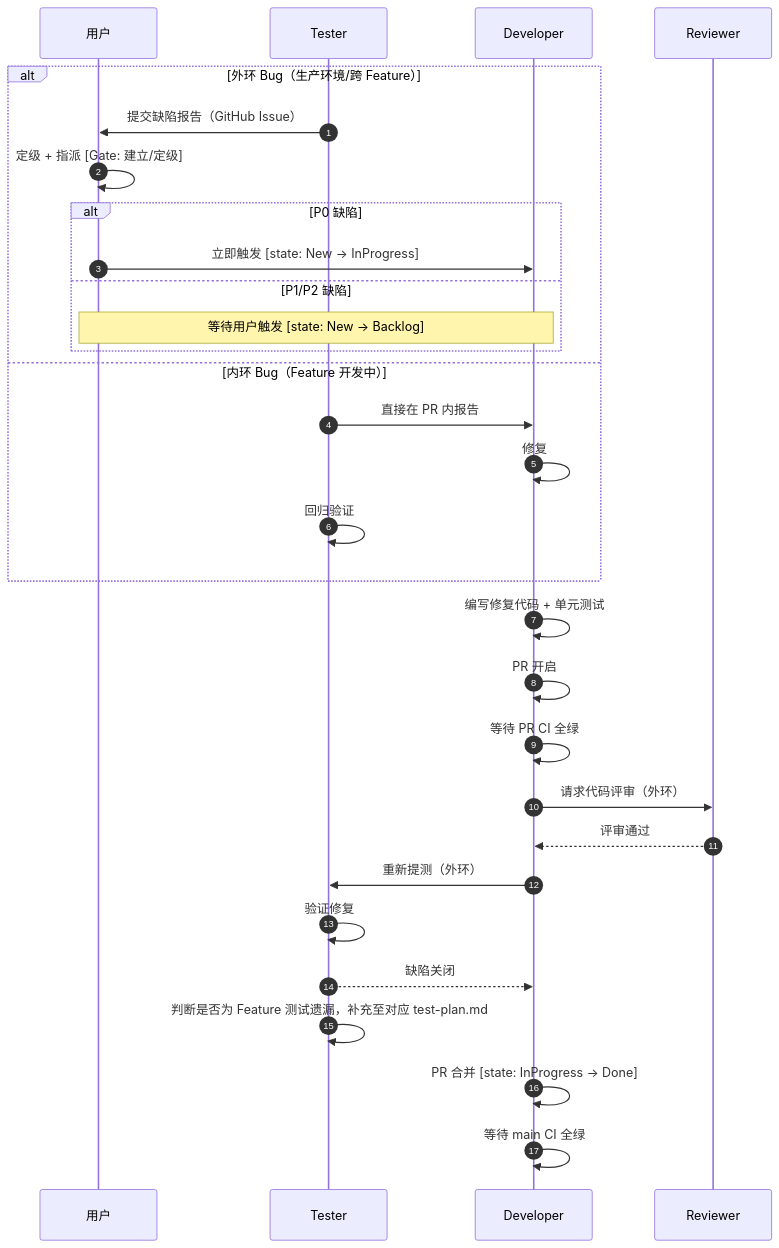
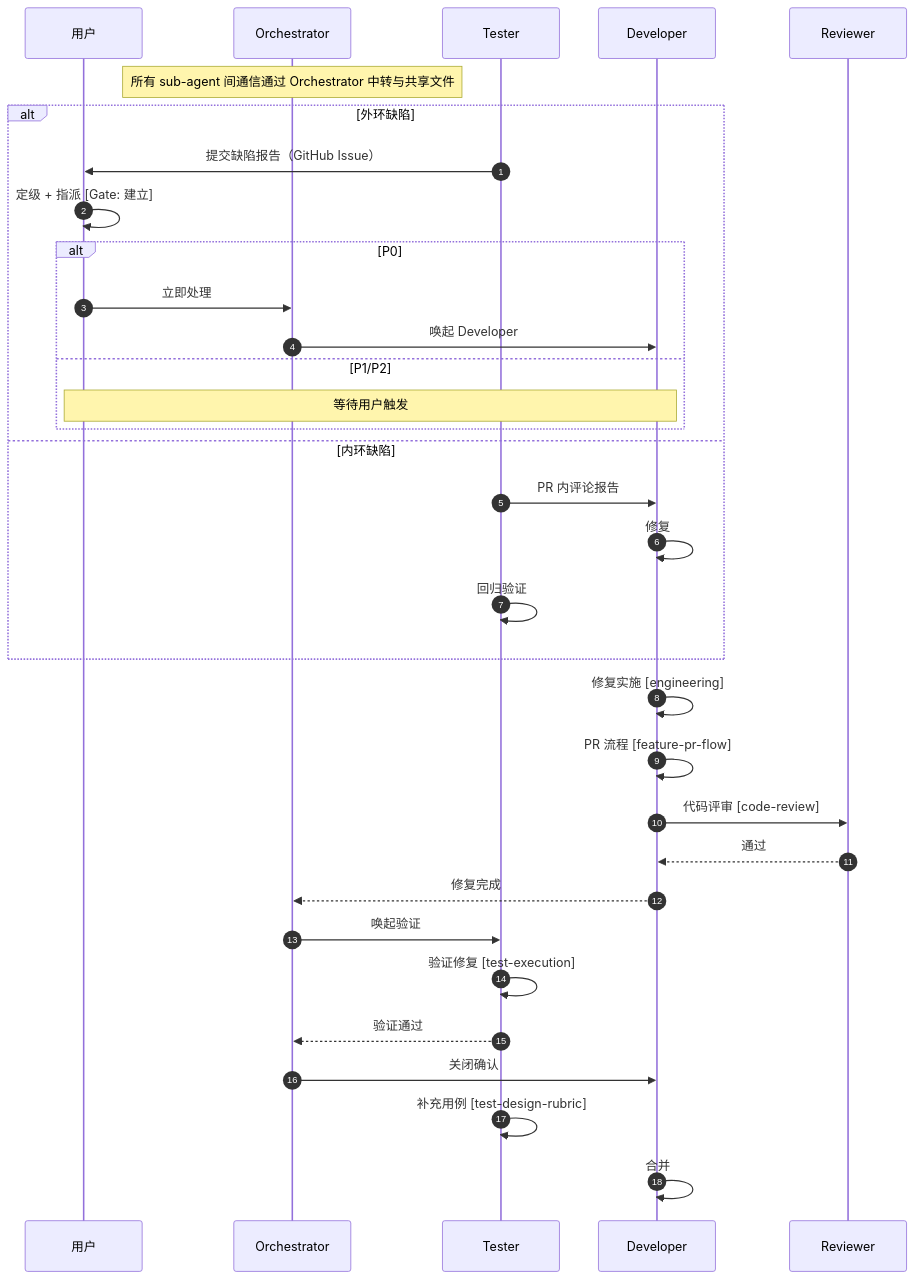
One commit to leoricmaster/ffp changed the first of 2 diagrams in docs/process/defect-flow.md. Above: the diagram before and after it, drawn with Mermaid. The commit also changed other lines of this file and 13 other files, not shown here.

````diff
--- a/docs/process/defect-flow.md
+++ b/docs/process/defect-flow.md
@@ -5,34 +5,38 @@
 ```mermaid
 sequenceDiagram
   autonumber
   participant U as 用户
+  participant O as Orchestrator
   participant T as Tester
   participant D as Developer
   participant R as Reviewer
 
-  alt 外环 Bug（生产环境/跨 Feature）
+  Note over O: 所有 sub-agent 间通信通过 Orchestrator 中转与共享文件
+
+  alt 外环缺陷
     T->>U: 提交缺陷报告（GitHub Issue）
-    U->>U: 定级 + 指派 [Gate: 建立/定级]
-    alt P0 缺陷
-      U->>D: 立即触发 [state: New → InProgress]
-    else P1/P2 缺陷
-      Note over U,D: 等待用户触发 [state: New → Backlog]
+    U->>U: 定级 + 指派 [Gate: 建立]
+    alt P0
+      U->>O: 立即处理
+      O->>D: 唤起 Developer
+    else P1/P2
+      Note over U,D: 等待用户触发
     end
-  else 内环 Bug（Feature 开发中）
-    T->>D: 直接在 PR 内报告
+  else 内环缺陷
+    T->>D: PR 内评论报告
     D->>D: 修复
     T->>T: 回归验证
   end
 
-  D->>D: 编写修复代码 + 单元测试
-  D->>D: PR 开启
-  D->>D: 等待 PR CI 全绿
-  D->>R: 请求代码评审（外环）
-  R-->>D: 评审通过
-  D->>T: 重新提测（外环）
-  T->>T: 验证修复
-  T-->>D: 缺陷关闭
-  T->>T: 判断是否为 Feature 测试遗漏，补充至对应 test-plan.md
-  D->>D: PR 合并 [state: InProgress → Done]
-  D->>D: 等待 main CI 全绿
+  D->>D: 修复实施 [engineering]
+  D->>D: PR 流程 [feature-pr-flow]
+  D->>R: 代码评审 [code-review]
+  R-->>D: 通过
+  D-->>O: 修复完成
+  O->>T: 唤起验证
+  T->>T: 验证修复 [test-execution]
+  T-->>O: 验证通过
+  O->>D: 关闭确认
+  T->>T: 补充用例 [test-design-rubric]
+  D->>D: 合并
 ```
````
